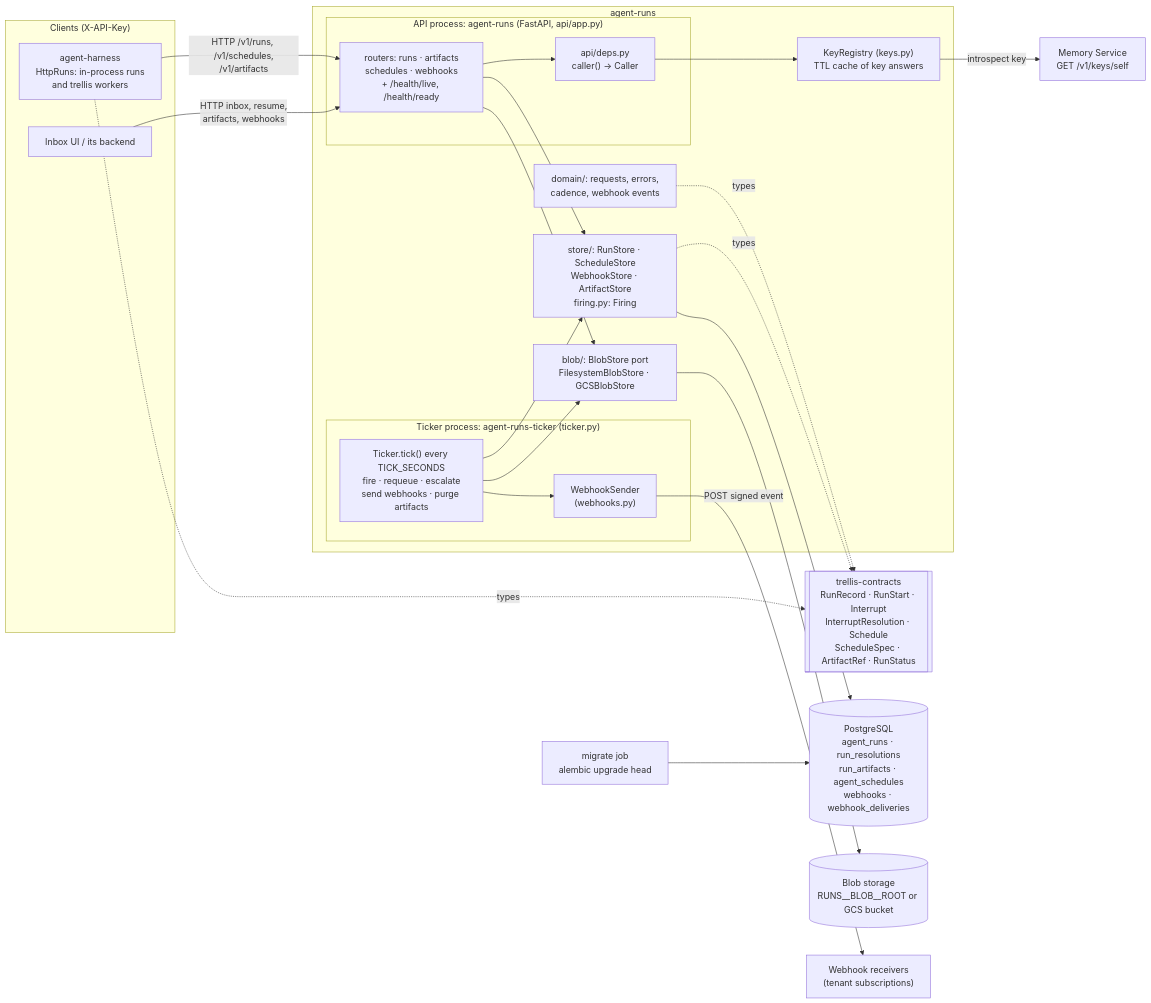
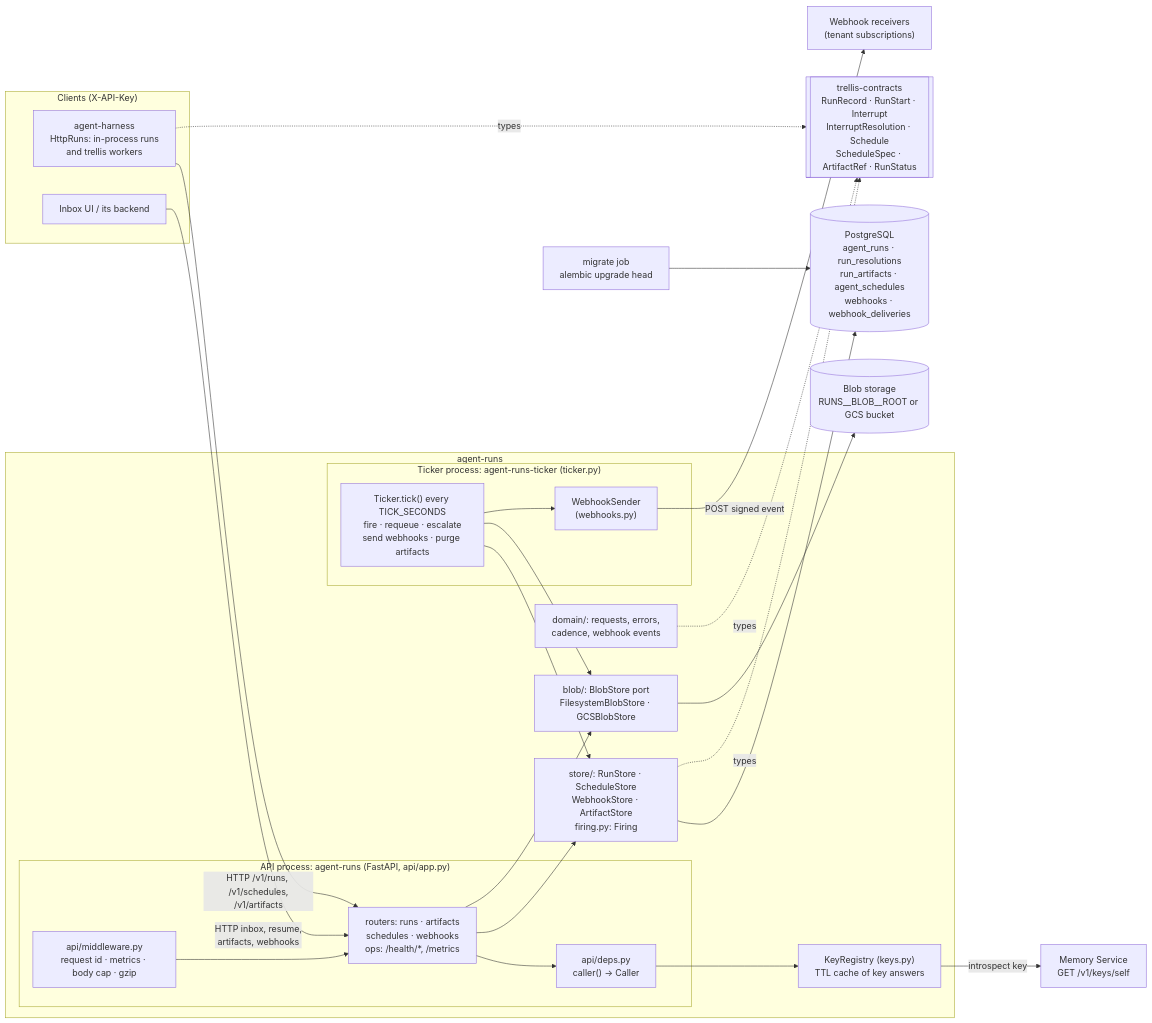
The first of 5 diagrams in docs/ARCHITECTURE.md (amitmohapatra/agent-runs), drawn with Mermaid before and after one commit. The commit also changed other lines of this file and 25 other files, not shown here.

````diff
--- a/docs/ARCHITECTURE.md
+++ b/docs/ARCHITECTURE.md
@@ -19,44 +19,46 @@
 ```mermaid
 flowchart LR
   subgraph clients["Clients (X-API-Key)"]
     harness["agent-harness<br/>HttpRuns: in-process runs<br/>and trellis workers"]
     ui["Inbox UI / its backend"]
   end
 
   subgraph runs["agent-runs"]
     subgraph api["API process: agent-runs (FastAPI, api/app.py)"]
       deps["api/deps.py<br/>caller() → Caller"]
-      routers["routers: runs · artifacts<br/>schedules · webhooks<br/>+ /health/live, /health/ready"]
+      mw["api/middleware.py<br/>request id · metrics · body cap · gzip"]
+      routers["routers: runs · artifacts<br/>schedules · webhooks<br/>ops: /health/*, /metrics"]
     end
     subgraph tick["Ticker process: agent-runs-ticker (ticker.py)"]
       ticker["Ticker.tick() every TICK_SECONDS<br/>fire · requeue · escalate<br/>send webhooks · purge artifacts"]
       sender["WebhookSender<br/>(webhooks.py)"]
     end
     keys["KeyRegistry (keys.py)<br/>TTL cache of key answers"]
     stores["store/: RunStore · ScheduleStore<br/>WebhookStore · ArtifactStore<br/>firing.py: Firing"]
     domain["domain/: requests, errors,<br/>cadence, webhook events"]
     blobport["blob/: BlobStore port<br/>FilesystemBlobStore · GCSBlobStore"]
   end
 
   contracts[["trellis-contracts<br/>RunRecord · RunStart · Interrupt<br/>InterruptResolution · Schedule<br/>ScheduleSpec · ArtifactRef · RunStatus"]]
   memory["Memory Service<br/>GET /v1/keys/self"]
   pg[("PostgreSQL<br/>agent_runs · run_resolutions<br/>run_artifacts · agent_schedules<br/>webhooks · webhook_deliveries")]
   blob[("Blob storage<br/>RUNS__BLOB__ROOT or GCS bucket")]
   receivers["Webhook receivers<br/>(tenant subscriptions)"]
   migrate["migrate job<br/>alembic upgrade head"]
 
   harness -- "HTTP /v1/runs, /v1/schedules,<br/>/v1/artifacts" --> routers
   ui -- "HTTP inbox, resume,<br/>artifacts, webhooks" --> routers
+  mw --> routers
   routers --> deps --> keys -- "introspect key" --> memory
   routers --> stores
   routers --> blobport
   ticker --> stores
   ticker --> blobport
   ticker --> sender -- "POST signed event" --> receivers
   stores --> pg
   blobport --> blob
   migrate --> pg
   domain -. "types" .-> contracts
   stores -. "types" .-> contracts
   harness -. "types" .-> contracts
 ```
````
